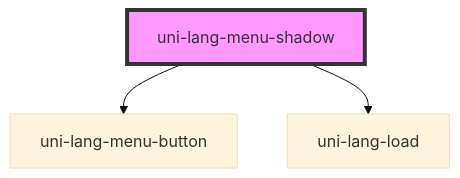
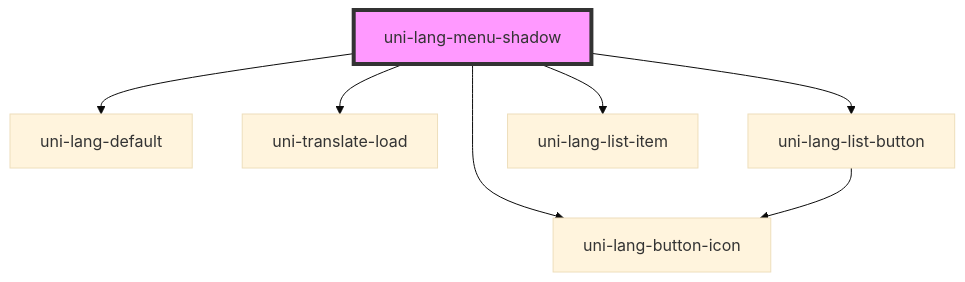
One commit to uiregex/uni-localize changed the diagram in src/lang-menu/@shadow/readme.md. Above: the diagram before and after it, drawn with Mermaid (base theme). The commit also changed other lines of this file and 10 other files, not shown here.

````diff
--- a/src/lang-menu/@shadow/readme.md
+++ b/src/lang-menu/@shadow/readme.md
@@ -38,6 +38,10 @@
 ```mermaid
 graph TD;
-  uni-lang-menu-shadow --> uni-lang-menu-button
-  uni-lang-menu-shadow --> uni-lang-load
+  uni-lang-menu-shadow --> uni-lang-default
+  uni-lang-menu-shadow --> uni-lang-button-icon
+  uni-lang-menu-shadow --> uni-translate-load
+  uni-lang-menu-shadow --> uni-lang-list-button
+  uni-lang-menu-shadow --> uni-lang-list-item
+  uni-lang-list-button --> uni-lang-button-icon
   style uni-lang-menu-shadow fill:#f9f,stroke:#333,stroke-width:4px
 ```
````
